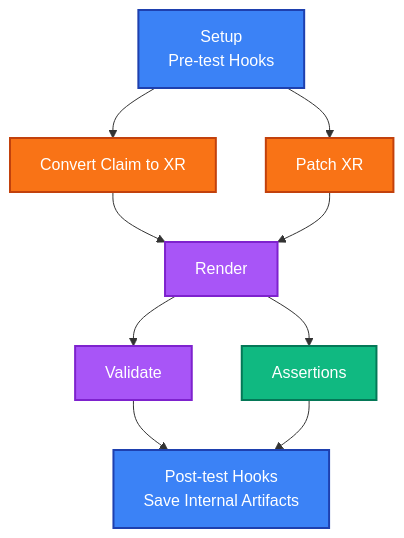
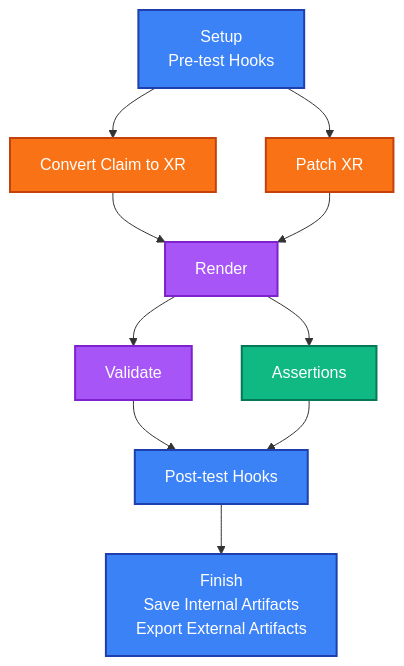
The first of 2 diagrams in docs/how-it-works.md (crossplane-contrib/xprin), drawn with Mermaid before and after one commit. The commit also changed other lines of this file and 3 other files, not shown here.

First line of the commit message:
docs: write how-it-works for users and add architecture for the details

````diff
--- a/docs/how-it-works.md
+++ b/docs/how-it-works.md
@@ -9,19 +23,21 @@
 ```mermaid
 flowchart TD
     A["Setup<br/>Pre-test Hooks"] --> B[Convert Claim to XR]
     A --> C[Patch XR]
     B --> D[Render]
     C --> D
     D --> E[Validate]
     D --> F[Assertions]
-    E --> G[Post-test Hooks<br/>Save Internal Artifacts]
+    E --> G[Post-test Hooks]
     F --> G
+    G --> H["Finish<br/>Save Internal Artifacts<br/>Export External Artifacts"]
 
     style A fill:#3b82f6,stroke:#1e40af,stroke-width:2px,color:#fff
     style B fill:#f97316,stroke:#c2410c,stroke-width:2px,color:#fff
     style C fill:#f97316,stroke:#c2410c,stroke-width:2px,color:#fff
     style D fill:#a855f7,stroke:#7e22ce,stroke-width:2px,color:#fff
     style E fill:#a855f7,stroke:#7e22ce,stroke-width:2px,color:#fff
     style F fill:#10b981,stroke:#047857,stroke-width:2px,color:#fff
     style G fill:#3b82f6,stroke:#1e40af,stroke-width:2px,color:#fff
+    style H fill:#3b82f6,stroke:#1e40af,stroke-width:2px,color:#fff
 ```
````
